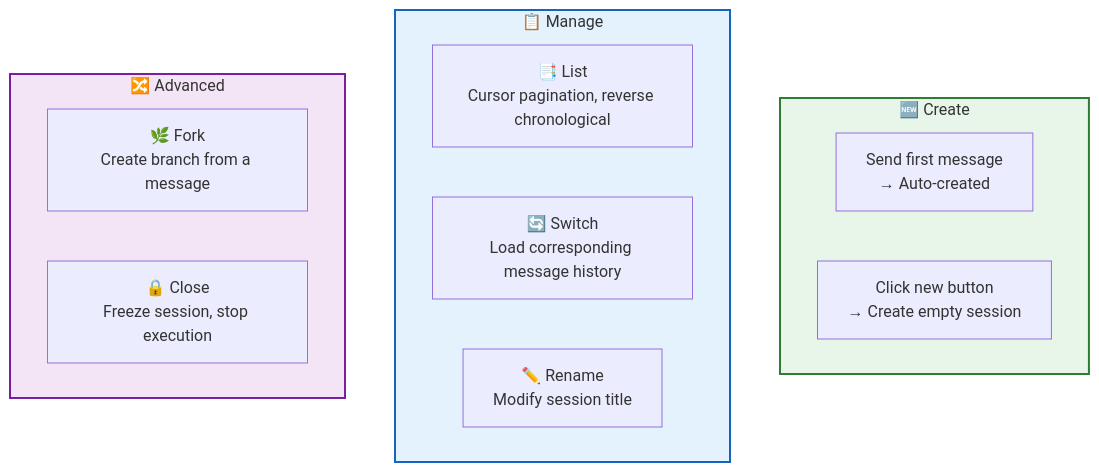
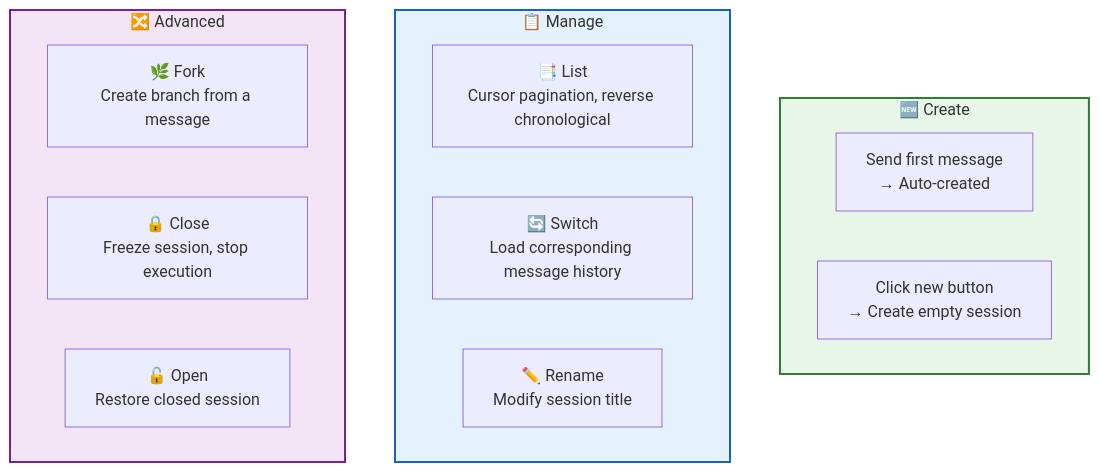
Before and after one commit to rtc-agent/docs: the second of 12 diagrams in src/content/docs/en/features/session.md, drawn with Mermaid. The commit also changed other lines of this file, not shown here.

First line of the commit message:
docs(en/session): add missing reopen session functionality

````diff
--- a/src/content/docs/en/features/session.md
+++ b/src/content/docs/en/features/session.md
@@ -41,22 +41,23 @@
 ```mermaid
 flowchart TD
     subgraph CREATE["🆕 Create"]
         C1["Send first message<br/>→ Auto-created"]
         C2["Click new button<br/>→ Create empty session"]
     end
 
     subgraph MANAGE["📋 Manage"]
         M1["📑 List<br/>Cursor pagination, reverse chronological"]
         M2["🔄 Switch<br/>Load corresponding message history"]
         M3["✏️ Rename<br/>Modify session title"]
     end
 
     subgraph ADVANCED["🔀 Advanced"]
         A1["🌿 Fork<br/>Create branch from a message"]
         A2["🔒 Close<br/>Freeze session, stop execution"]
+        A3["🔓 Open<br/>Restore closed session"]
     end
 
     style CREATE fill:#e8f5e9,stroke:#2e7d32,stroke-width:2px
     style MANAGE fill:#e3f2fd,stroke:#1565c0,stroke-width:2px
     style ADVANCED fill:#f3e5f5,stroke:#7b1fa2,stroke-width:2px
 ```
````
